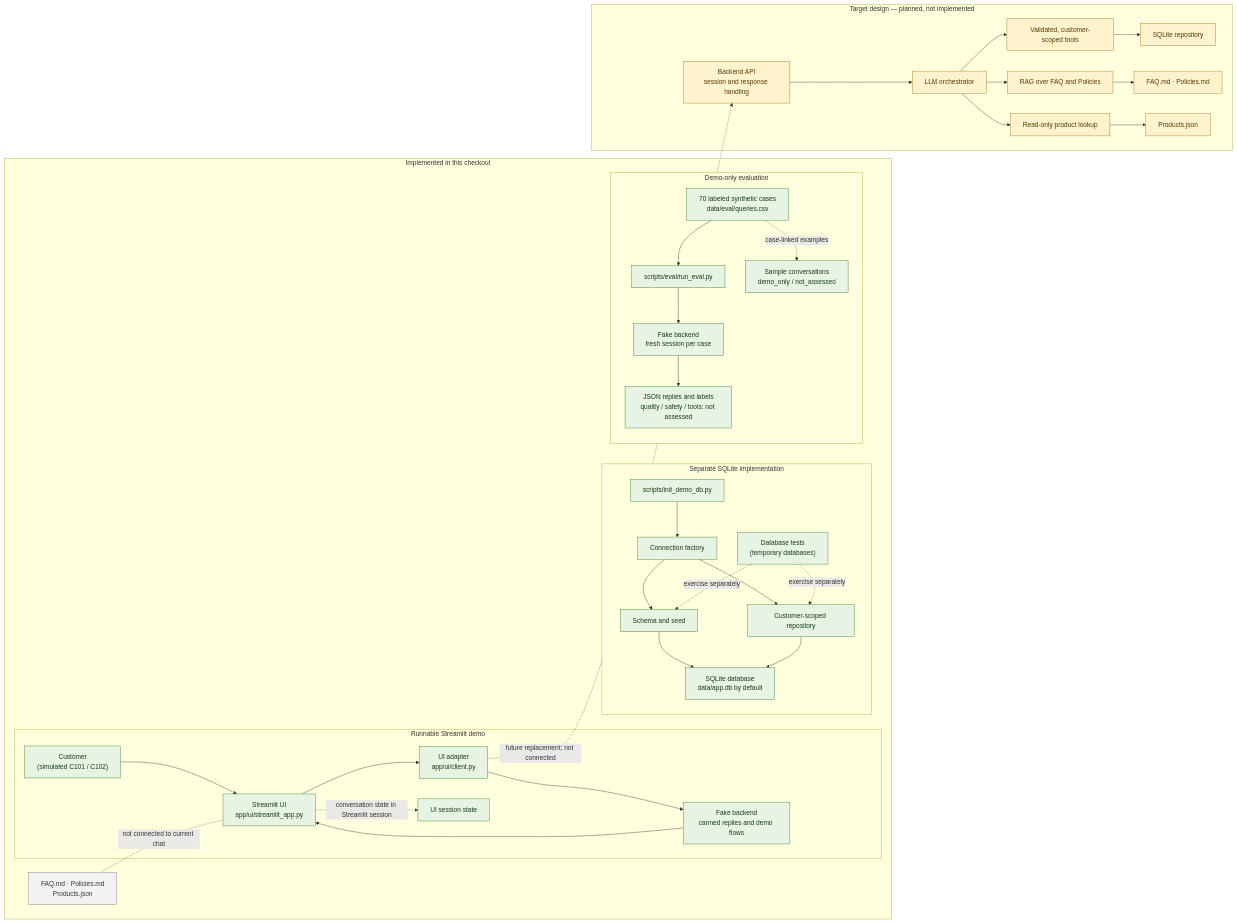
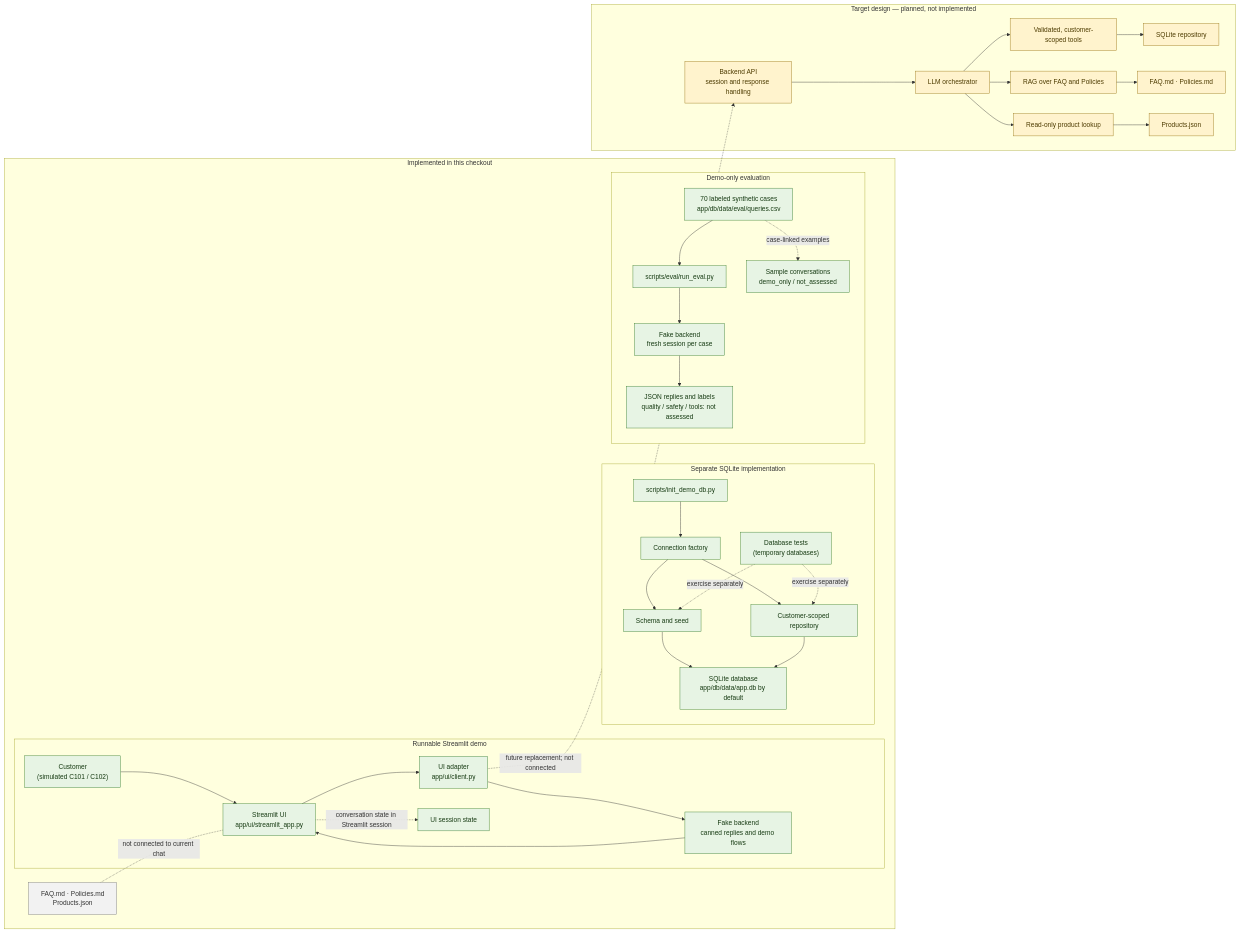
One commit to open-meadow/e-commerce-customer-assistant changed the diagram in docs/architecture.md. Above: the diagram before and after it, drawn with Mermaid. The commit also changed 33 other files, not shown here.

First line of the commit message:
refactor: move data/ into app/db/data and load settings from .env

````diff
--- a/docs/architecture.md
+++ b/docs/architecture.md
@@ -12,57 +12,57 @@
 ```mermaid
 flowchart LR
     subgraph Current["Implemented in this checkout"]
         subgraph Chat["Runnable Streamlit demo"]
             Customer["Customer<br/>(simulated C101 / C102)"] --> UI["Streamlit UI<br/>app/ui/streamlit_app.py"]
             UI --> Client["UI adapter<br/>app/ui/client.py"]
             Client --> Fake["Fake backend<br/>canned replies and demo flows"]
             Fake --> UI
             UI -. "conversation state in Streamlit session" .-> Session["UI session state"]
         end
 
         subgraph Database["Separate SQLite implementation"]
             Init["scripts/init_demo_db.py"] --> Connection["Connection factory"]
             Connection --> Schema["Schema and seed"]
             Connection --> Repository["Customer-scoped repository"]
-            Schema --> SQLite["SQLite database<br/>data/app.db by default"]
+            Schema --> SQLite["SQLite database<br/>app/db/data/app.db by default"]
             Repository --> SQLite
             DBTests["Database tests<br/>(temporary databases)"] -. "exercise separately" .-> Schema
             DBTests -. "exercise separately" .-> Repository
         end
 
         subgraph Eval["Demo-only evaluation"]
-            Cases["70 labeled synthetic cases<br/>data/eval/queries.csv"] --> Runner["scripts/eval/run_eval.py"]
+            Cases["70 labeled synthetic cases<br/>app/db/data/eval/queries.csv"] --> Runner["scripts/eval/run_eval.py"]
             Runner --> EvalFake["Fake backend<br/>fresh session per case"]
             EvalFake --> Report["JSON replies and labels<br/>quality / safety / tools: not assessed"]
             Logs["Sample conversations<br/>demo_only / not_assessed"]
             Cases -. "case-linked examples" .-> Logs
         end
 
         Sources["FAQ.md · Policies.md<br/>Products.json"]:::unwired
         Sources -. "not connected to current chat" .- UI
     end
 
     subgraph Future["Target design — planned, not implemented"]
         Backend["Backend API<br/>session and response handling"]
         Orchestrator["LLM orchestrator"]
         Tools["Validated, customer-scoped tools"]
         RAG["RAG over FAQ and Policies"]
         Catalog["Read-only product lookup"]
         Backend --> Orchestrator
         Orchestrator --> Tools
         Orchestrator --> RAG
         Orchestrator --> Catalog
         Tools --> FutureDB["SQLite repository"]
         RAG --> FutureSources["FAQ.md · Policies.md"]
         Catalog --> FutureProducts["Products.json"]
     end
 
     Client -. "future replacement; not connected" .-> Backend
 
     classDef implemented fill:#e7f4e4,stroke:#367c2b,color:#173b13
     classDef future fill:#fff3cd,stroke:#9a7615,color:#4d3b00
     classDef unwired fill:#f2f2f2,stroke:#777,color:#333
     class Customer,UI,Client,Fake,Session,Init,Connection,Schema,Repository,SQLite,DBTests,Cases,Runner,EvalFake,Report,Logs implemented
     class Backend,Orchestrator,Tools,RAG,Catalog,FutureDB,FutureSources,FutureProducts future
     class Sources unwired
 ```
````
